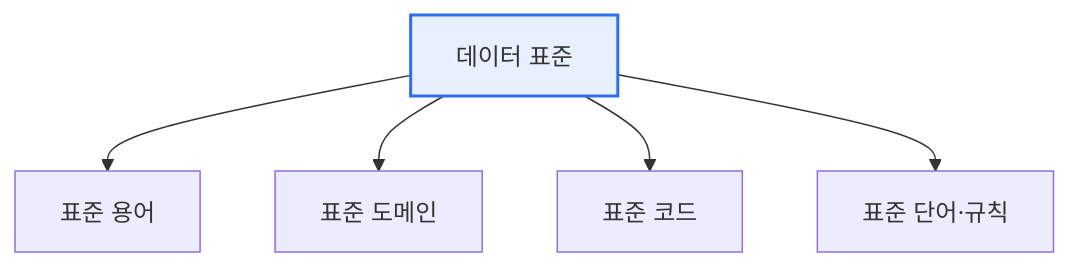
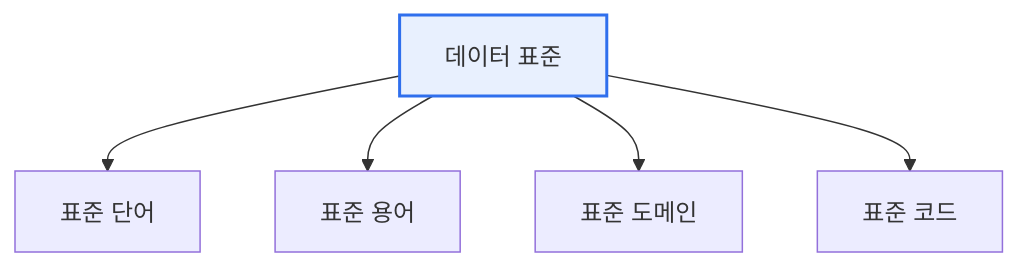
Before and after one commit to coninggu/wjdqhrhksflrltnftk: the diagram in content/data-standardization.md, drawn with Mermaid. The commit also changed other lines of this file and 4 other files, not shown here.

````diff
--- a/content/data-standardization.md
+++ b/content/data-standardization.md
@@ -12,8 +15,8 @@
 ```mermaid
 flowchart TB
-  S[데이터 표준] --> T[표준 용어]
+  S[데이터 표준] --> W[표준 단어]
+  S --> T[표준 용어]
   S --> D[표준 도메인]
   S --> C[표준 코드]
-  S --> R[표준 단어·규칙]
   style S fill:#e8f0fe,stroke:#2f6fed,stroke-width:2px
 ```
````
